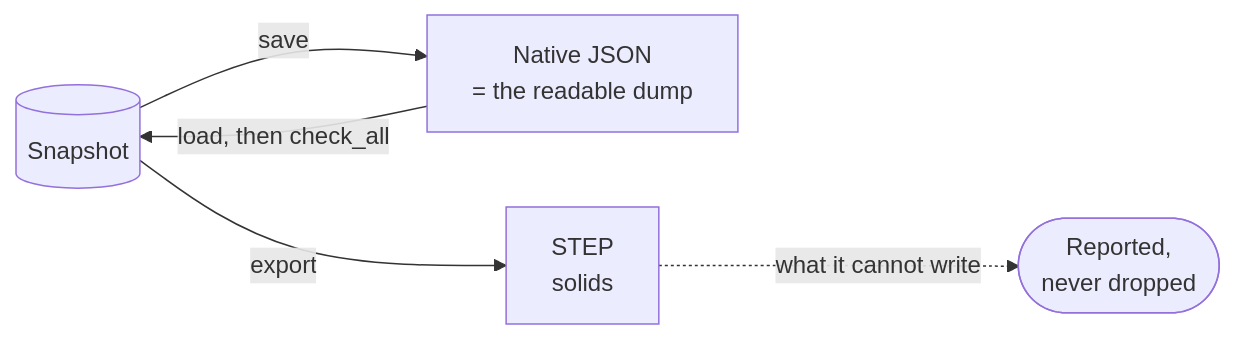
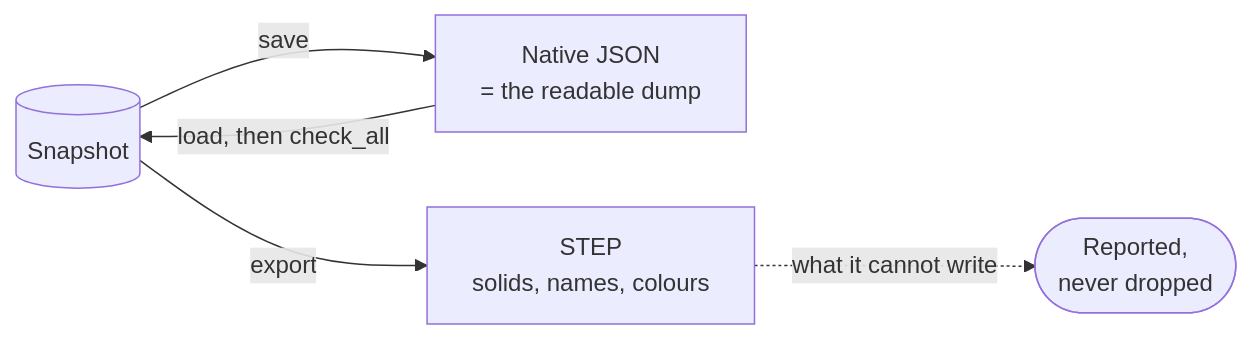
Before and after one commit to Dzoay/occam: the diagram in docs/architecture/files.md, drawn with Mermaid. The commit also changed other lines of this file and 6 other files, not shown here.

First line of the commit message:
docs: record the yes to assemblies later and to STEP export of names and colours

````diff
--- a/docs/architecture/files.md
+++ b/docs/architecture/files.md
@@ -7,7 +7,7 @@
 ```mermaid
 flowchart LR
   snap[("Snapshot")] -->|"save"| json["Native JSON<br/>= the readable dump"]
   json -->|"load, then check_all"| snap
-  snap -->|"export"| step["STEP<br/>solids"]
+  snap -->|"export"| step["STEP<br/>solids, names, colours"]
   step -.->|"what it cannot write"| rep(["Reported,<br/>never dropped"])
 ```
````
